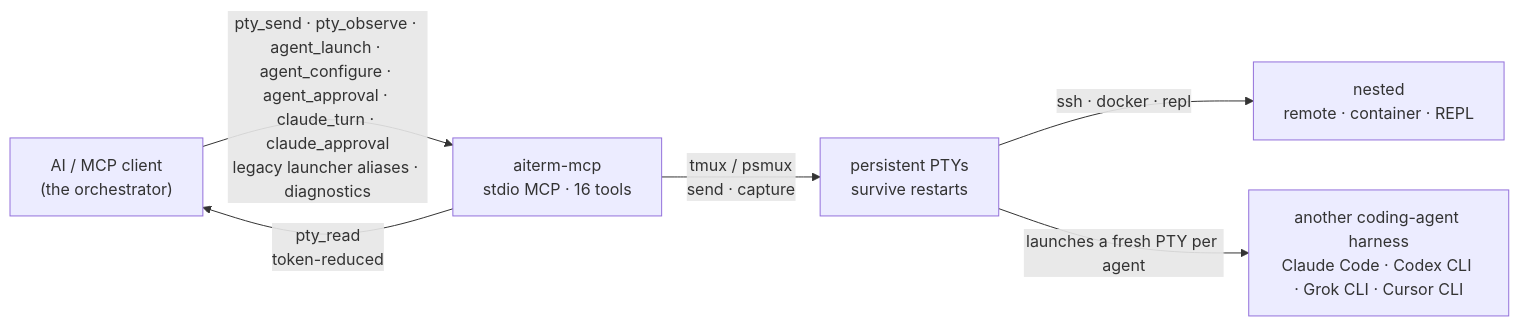
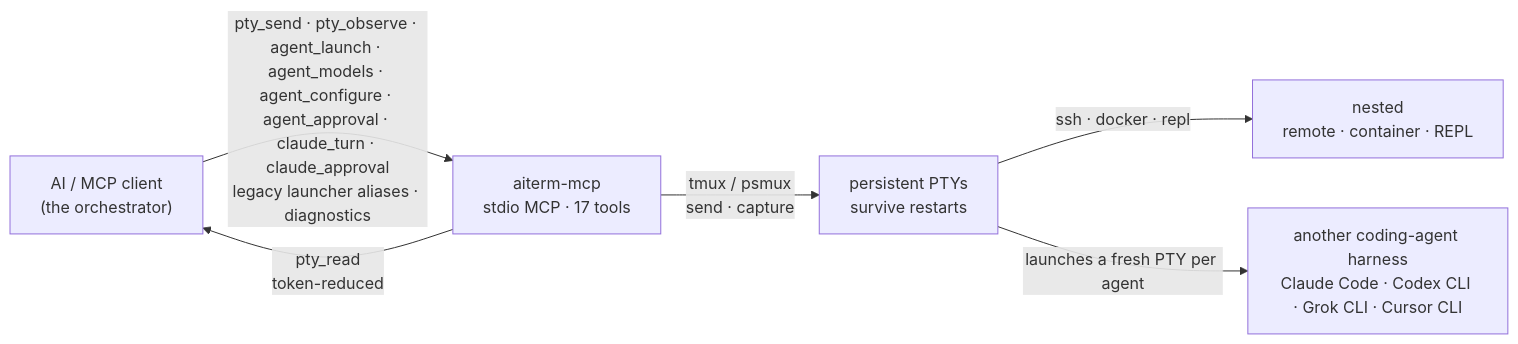
Before and after one commit to kitepon/aiterm-mcp: the diagram in README.md, drawn with Mermaid. The commit also changed other lines of this file and 17 other files, not shown here.

````diff
--- a/README.md
+++ b/README.md
@@ -438,8 +438,8 @@
 ```mermaid
 flowchart LR
-    AI["AI / MCP client<br/>(the orchestrator)"] -->|"pty_send · pty_observe · agent_launch · agent_configure · agent_approval · claude_turn · claude_approval<br/>legacy launcher aliases · diagnostics"| S["aiterm-mcp<br/>stdio MCP · 16 tools"]
+    AI["AI / MCP client<br/>(the orchestrator)"] -->|"pty_send · pty_observe · agent_launch · agent_models · agent_configure · agent_approval · claude_turn · claude_approval<br/>legacy launcher aliases · diagnostics"| S["aiterm-mcp<br/>stdio MCP · 17 tools"]
     S -->|"pty_read<br/>token-reduced"| AI
     S -->|"tmux / psmux<br/>send · capture"| P["persistent PTYs<br/>survive restarts"]
     P -->|"ssh · docker · repl"| R["nested<br/>remote · container · REPL"]
     P -->|"launches a fresh PTY per agent"| A["another coding-agent harness<br/>Claude Code · Codex CLI · Grok CLI · Cursor CLI"]
 ```
````
